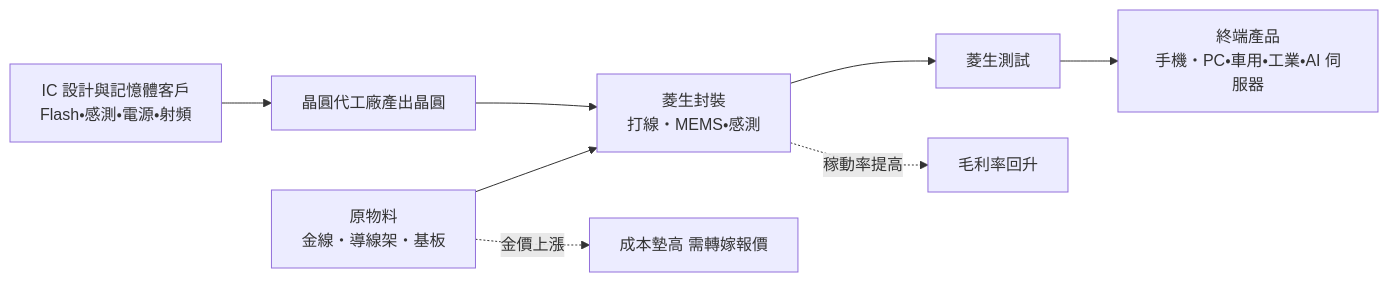
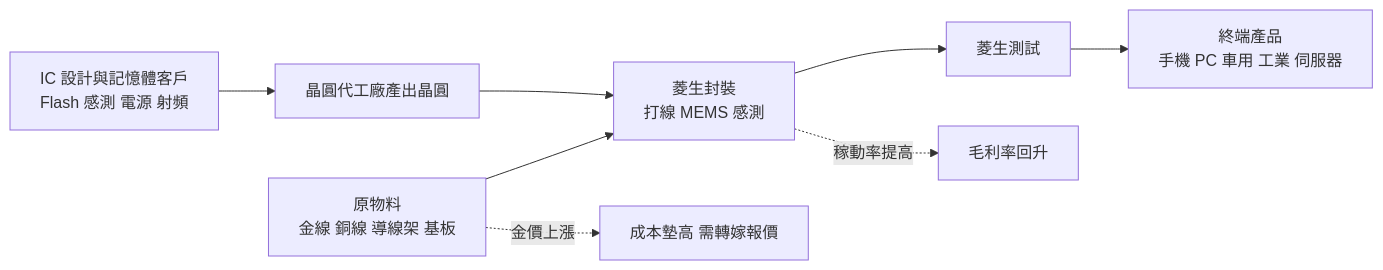
Before and after one commit to wangnick1004/taiwan-stock-vault: the second of 4 diagrams in 個股/台股/2369菱生.md, drawn with Mermaid. The commit also changed other lines of this file and 19 other files, not shown here.

````diff
--- a/個股/台股/2369菱生.md
+++ b/個股/台股/2369菱生.md
@@ -74,10 +73,10 @@
 ```mermaid
 flowchart LR
-    A["IC 設計與記憶體客戶<br/>Flash・感測・電源・射頻"] --> B[晶圓代工廠產出晶圓]
-    B --> C["菱生封裝<br/>打線・MEMS・感測"]
+    A["IC 設計與記憶體客戶<br/>Flash 感測 電源 射頻"] --> B[晶圓代工廠產出晶圓]
+    B --> C["菱生封裝<br/>打線 MEMS 感測"]
     C --> D[菱生測試]
-    D --> E["終端產品<br/>手機・PC・車用・工業・AI 伺服器"]
-    F["原物料<br/>金線・導線架・基板"] --> C
+    D --> E["終端產品<br/>手機 PC 車用 工業 伺服器"]
+    F["原物料<br/>金線 銅線 導線架 基板"] --> C
     C -. 稼動率提高 .-> G[毛利率回升]
     F -. 金價上漲 .-> H[成本墊高 需轉嫁報價]
 ```
````
